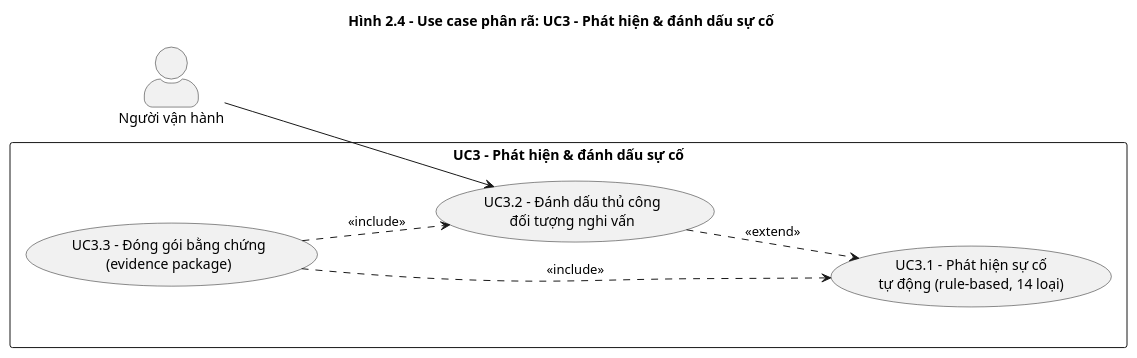
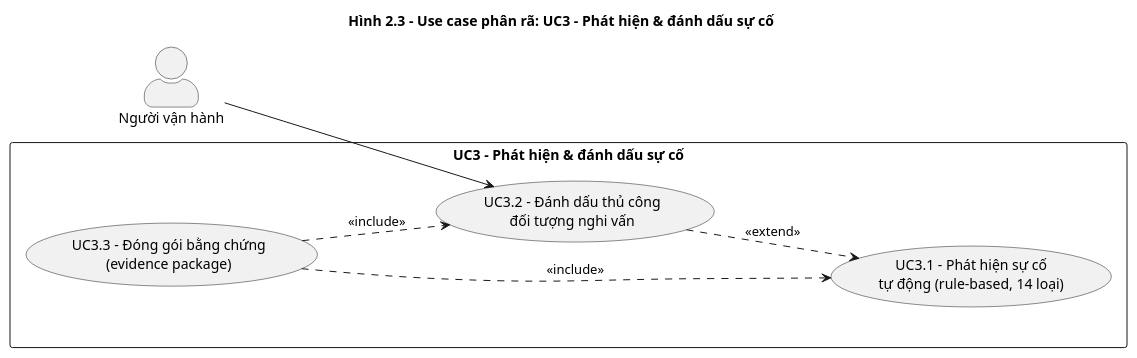
Before and after one commit to KumaMichio/finalproject: the diagram in component_for_final/uml/04_usecase_uc3_su_co.puml, drawn with PlantUML. The commit also changed 52 other files, not shown here.

Commit message:
update docs and graphs

```diff
--- a/component_for_final/uml/04_usecase_uc3_su_co.puml
+++ b/component_for_final/uml/04_usecase_uc3_su_co.puml
@@ -1,21 +1,21 @@
 @startuml usecase_uc3
-' Hình 2.4 - Use case phân rã UC3
+' Hình 2.3 - Use case phân rã UC3
 left to right direction
 skinparam packageStyle rectangle
 skinparam shadowing false
 skinparam actorStyle awesome
-title Hình 2.4 - Use case phân rã: UC3 - Phát hiện & đánh dấu sự cố
+title Hình 2.3 - Use case phân rã: UC3 - Phát hiện & đánh dấu sự cố
 
 actor "Người vận hành" as Operator
 
 rectangle "UC3 - Phát hiện & đánh dấu sự cố" {
   usecase "UC3.1 - Phát hiện sự cố\ntự động (rule-based, 14 loại)" as UC31
   usecase "UC3.2 - Đánh dấu thủ công\nđối tượng nghi vấn" as UC32
   usecase "UC3.3 - Đóng gói bằng chứng\n(evidence package)" as UC33
 }
 
 Operator --> UC32
 UC32 ..> UC31 : <<extend>>
 UC33 ..> UC31 : <<include>>
 UC33 ..> UC32 : <<include>>
 @enduml
```
